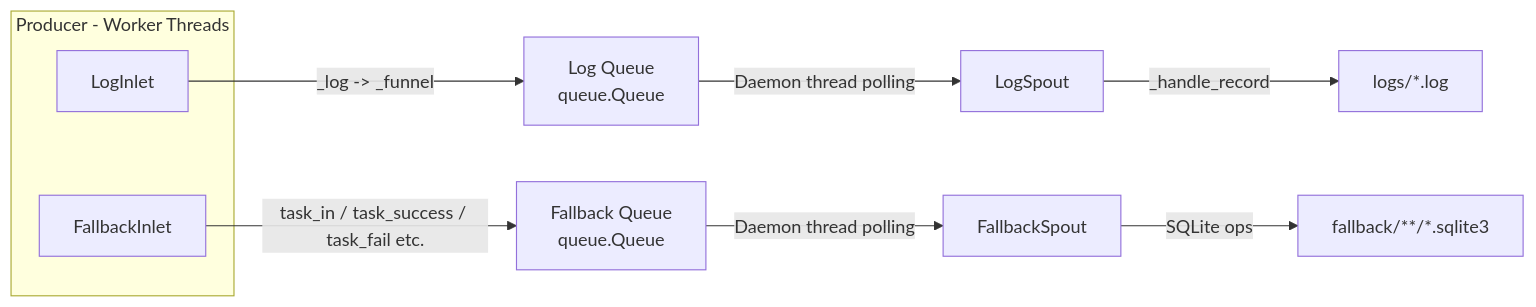
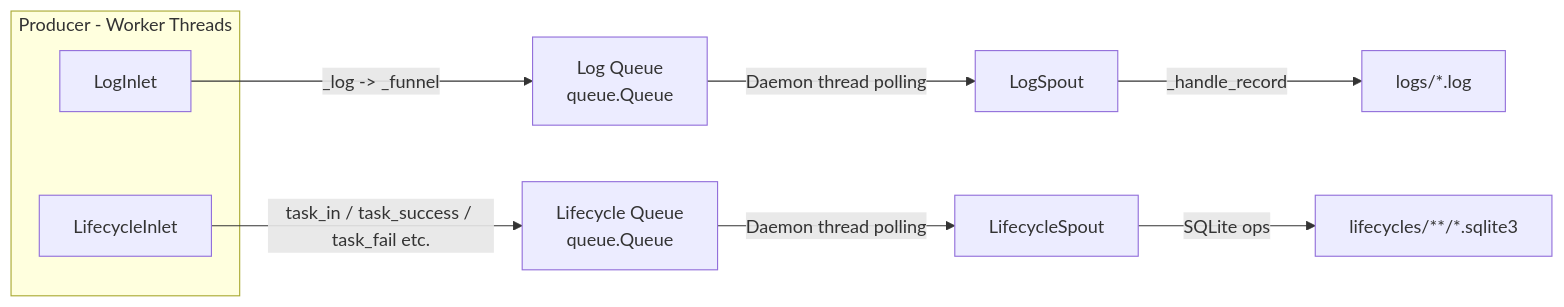
The diagram in docs/en/src/persistence/__init__.md (Mr-xiaotian/CelestialFlow), drawn with Mermaid before and after one commit. The commit also changed other lines of this file and 233 other files, not shown here.

````diff
--- a/docs/en/src/persistence/__init__.md
+++ b/docs/en/src/persistence/__init__.md
@@ -69,16 +79,16 @@
 ```mermaid
 flowchart LR
     subgraph Producer[Producer - Worker Threads]
         LogInlet[LogInlet]
-        FallbackInlet[FallbackInlet]
+        LifecycleInlet[LifecycleInlet]
     end
 
     LogInlet -->|_log -> _funnel| LogQueue[Log Queue<br/>queue.Queue]
-    FallbackInlet -->|task_in / task_success / task_fail etc.| FallbackQueue[Fallback Queue<br/>queue.Queue]
+    LifecycleInlet -->|task_in / task_success / task_fail etc.| LifecycleQueue[Lifecycle Queue<br/>queue.Queue]
 
     LogQueue -->|Daemon thread polling| LogSpout[LogSpout]
-    FallbackQueue -->|Daemon thread polling| FallbackSpout[FallbackSpout]
+    LifecycleQueue -->|Daemon thread polling| LifecycleSpout[LifecycleSpout]
 
     LogSpout -->|_handle_record| LogFile[logs/*.log]
-    FallbackSpout -->|SQLite ops| SQLiteFile[fallback/**/*.sqlite3]
+    LifecycleSpout -->|SQLite ops| SQLiteFile[lifecycles/**/*.sqlite3]
 ```
````
